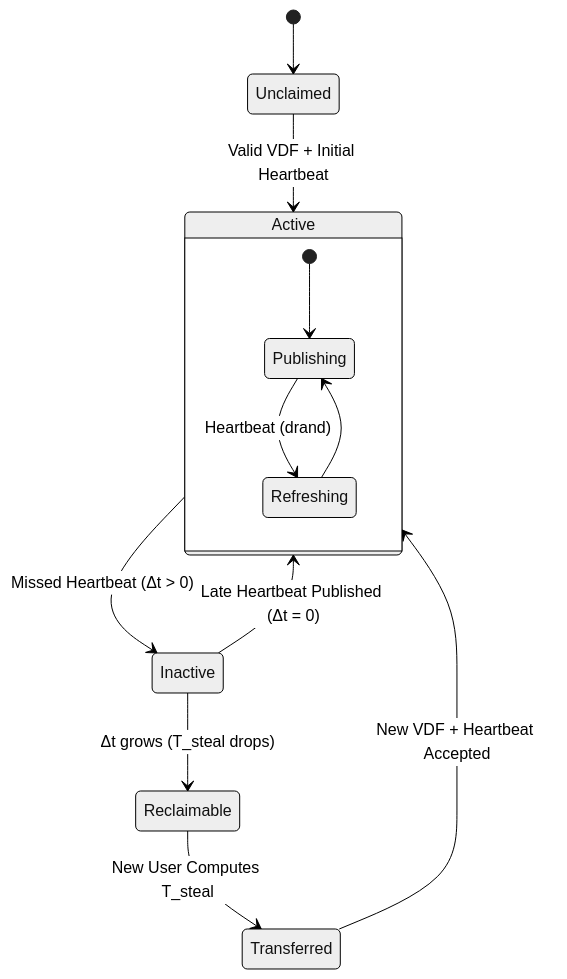
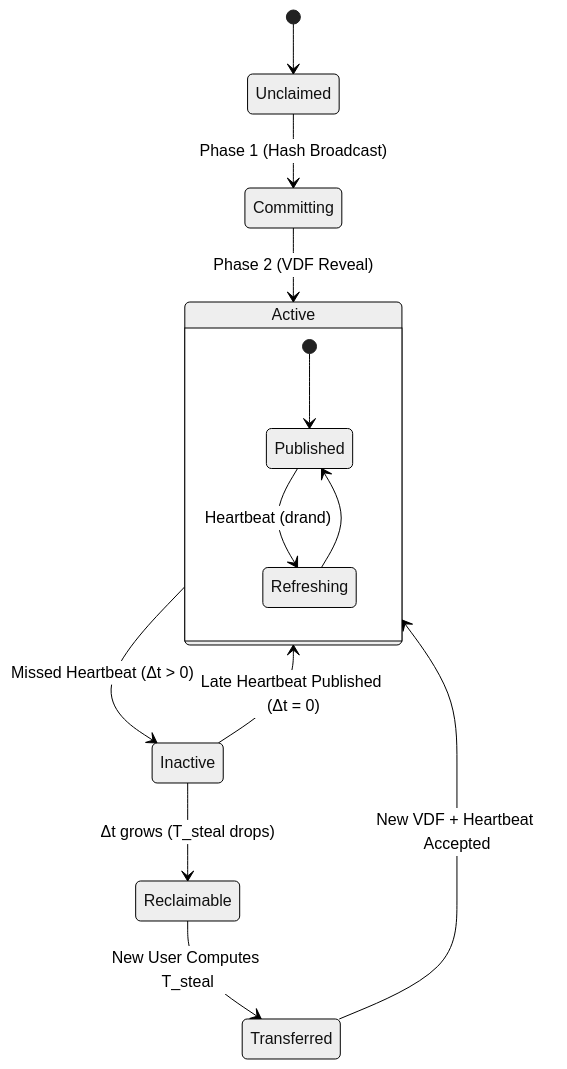
The diagram in docs/src/protocol_specification.md (saifmukhtar/kinetic), drawn with Mermaid (neutral theme) before and after one commit. The commit also changed other lines of this file and 121 other files, not shown here.

````diff
--- a/docs/src/protocol_specification.md
+++ b/docs/src/protocol_specification.md
@@ -17,20 +17,21 @@
 ```mermaid
 stateDiagram-v2
     [*] --> Unclaimed
     
-    Unclaimed --> Active : Valid VDF + Initial Heartbeat
+    Unclaimed --> Committing : Phase 1 (Hash Broadcast)
+    Committing --> Active : Phase 2 (VDF Reveal)
     
     state Active {
-        [*] --> Publishing
-        Publishing --> Refreshing : Heartbeat (drand)
-        Refreshing --> Publishing
+        [*] --> Published
+        Published --> Refreshing : Heartbeat (drand)
+        Refreshing --> Published
     }
     
     Active --> Inactive : Missed Heartbeat (Δt > 0)
     Inactive --> Active : Late Heartbeat Published (Δt = 0)
     
     Inactive --> Reclaimable : Δt grows (T_steal drops)
     
     Reclaimable --> Transferred : New User Computes T_steal
     Transferred --> Active : New VDF + Heartbeat Accepted
 ```
````
